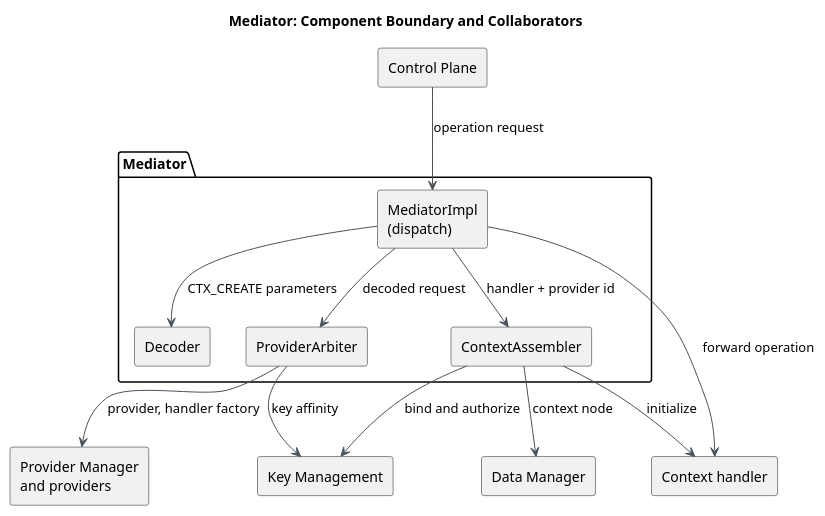
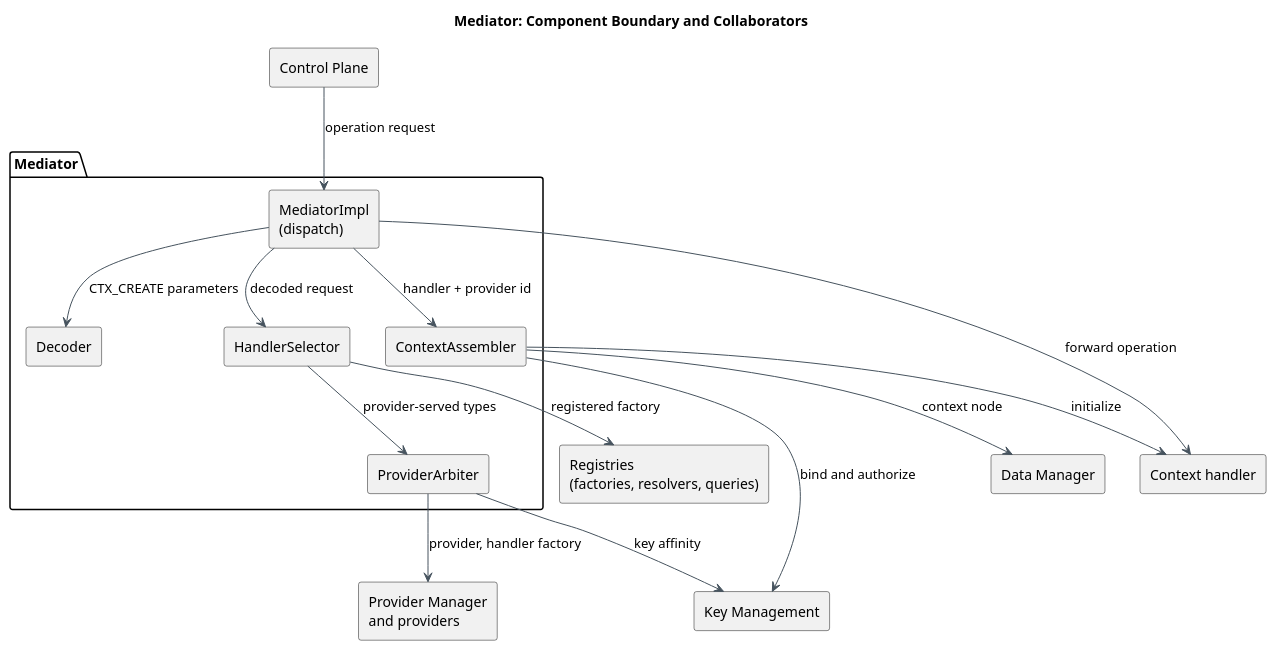
One commit to eclipse-score/inc_security_crypto changed the diagram in score/crypto/src/daemon/mediator/docs/architecture/mediator_overview.puml. Above: the diagram before and after it, drawn with PlantUML. The commit also changed 14 other files, not shown here.

```diff
--- a/score/crypto/src/daemon/mediator/docs/architecture/mediator_overview.puml
+++ b/score/crypto/src/daemon/mediator/docs/architecture/mediator_overview.puml
@@ -14,31 +14,35 @@
 @startuml mediator_overview
 title Mediator: Component Boundary and Collaborators
 top to bottom direction
 skinparam shadowing false
 skinparam defaultFontName Arial
 skinparam componentStyle rectangle
 skinparam ArrowColor #46535E
 
 component "Control Plane" as CP
+component "Registries\n(factories, resolvers, queries)" as REG
 package "Mediator" {
   component "MediatorImpl\n(dispatch)" as MED
   component "Decoder" as DEC
+  component "HandlerSelector" as SEL
   component "ProviderArbiter" as ARB
   component "ContextAssembler" as ASM
 }
 component "Provider Manager\nand providers" as PM
 component "Key Management" as KM
 component "Data Manager" as DM
 component "Context handler" as H
 
 CP --> MED : operation request
 MED --> DEC : CTX_CREATE parameters
-MED --> ARB : decoded request
+MED --> SEL : decoded request
+SEL --> ARB : provider-served types
 MED --> ASM : handler + provider id
+SEL --> REG : registered factory
 ARB --> PM : provider, handler factory
 ARB --> KM : key affinity
 ASM --> DM : context node
 ASM --> KM : bind and authorize
 ASM --> H : initialize
 MED --> H : forward operation
 @enduml
```
